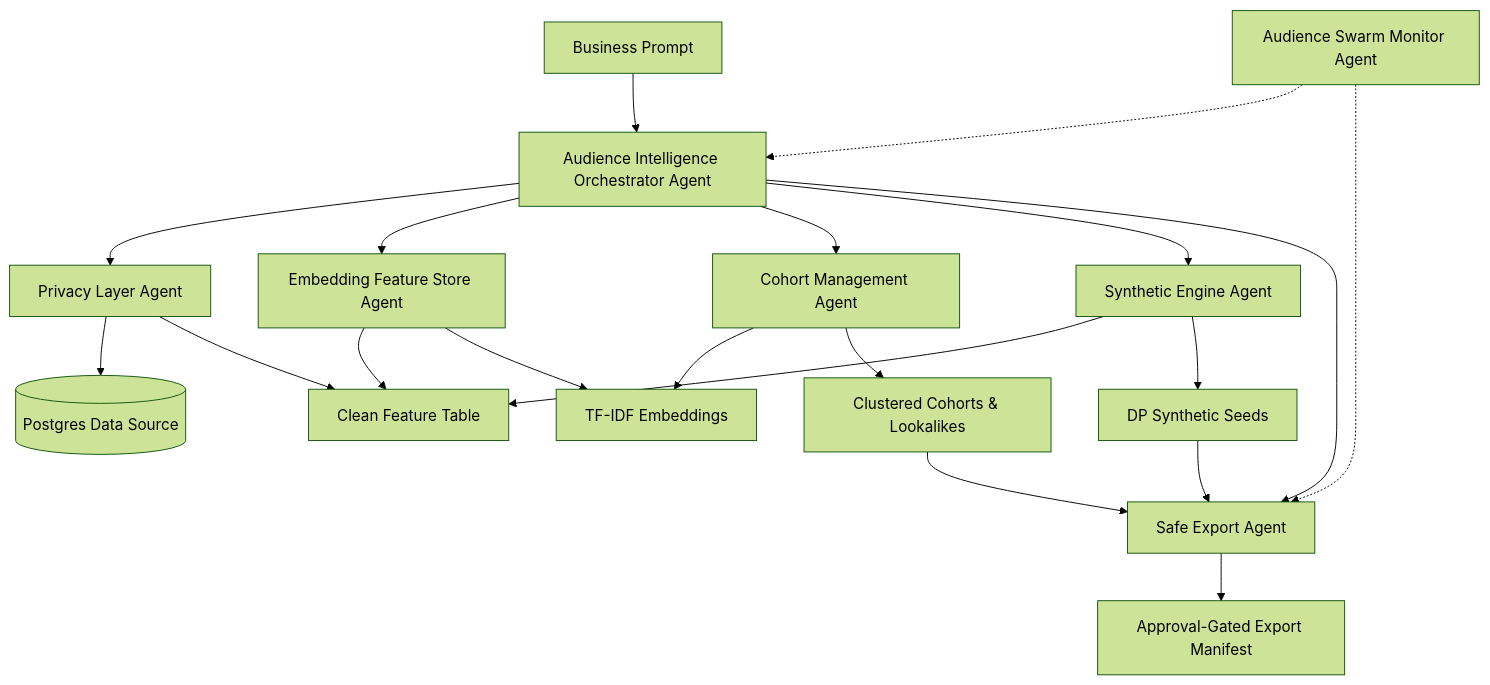
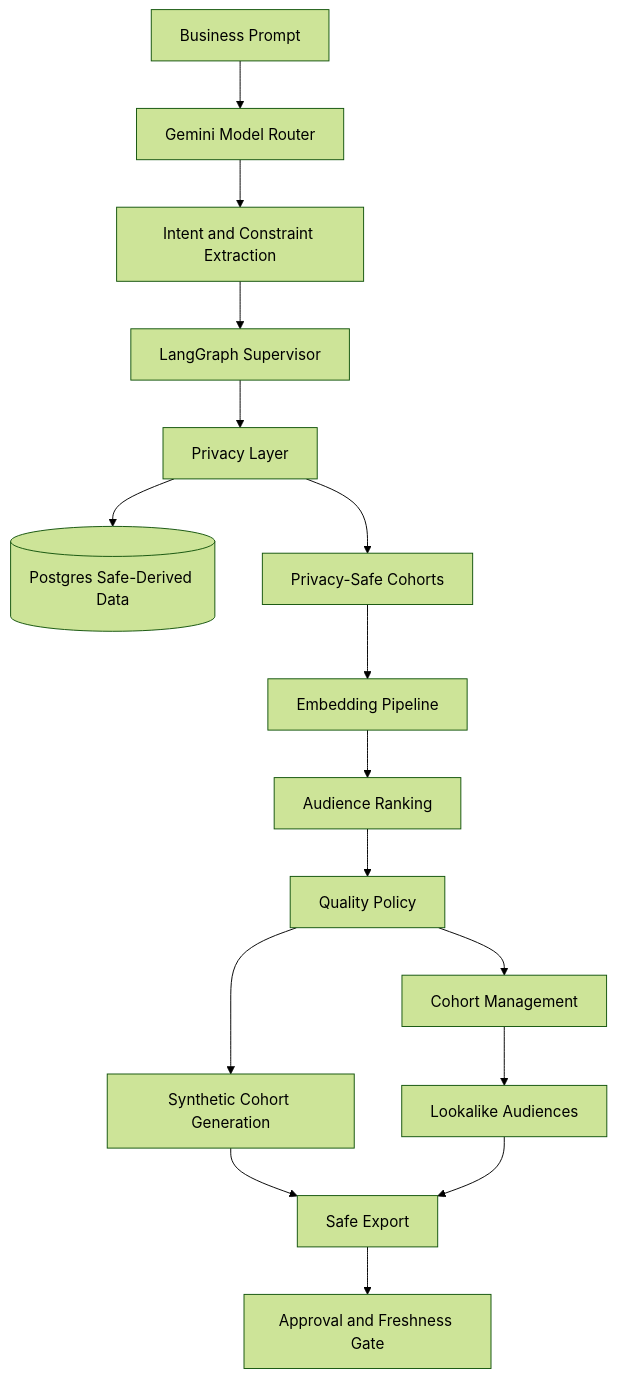
One commit to Vps2905/punk-audience-engine changed the diagram in README.md. Above: the diagram before and after it, drawn with Mermaid (forest theme). The commit also changed other lines of this file, not shown here.

````diff
--- a/README.md
+++ b/README.md
@@ -22,27 +78,23 @@
 ```mermaid
 graph TD
-    Prompt[Business Prompt] --> Orchestrator[Audience Intelligence Orchestrator Agent]
-    Orchestrator --> Privacy[Privacy Layer Agent]
-    Privacy --> Postgres[(Postgres Data Source)]
-    Privacy --> CleanTable[Clean Feature Table]
-    
-    Orchestrator --> Store[Embedding Feature Store Agent]
-    Store --> CleanTable
-    Store --> Embeddings[TF-IDF Embeddings]
-    
-    Orchestrator --> Cohort[Cohort Management Agent]
-    Cohort --> Embeddings
-    Cohort --> Clusters[Clustered Cohorts & Lookalikes]
-    
-    Orchestrator --> Synthetic[Synthetic Engine Agent]
-    Synthetic --> CleanTable
-    Synthetic --> SyntheticSeeds[DP Synthetic Seeds]
-    
-    Orchestrator --> Export[Safe Export Agent]
-    Clusters --> Export
-    SyntheticSeeds --> Export
-    Export --> Manifest[Approval-Gated Export Manifest]
-    
-    Monitor[Audience Swarm Monitor Agent] -.-> Orchestrator
-    Monitor -.-> Export
+    Prompt[Business Prompt] --> Router[Gemini Model Router]
+    Router --> Intent[Intent and Constraint Extraction]
+    Intent --> Supervisor[LangGraph Supervisor]
+
+    Supervisor --> Privacy[Privacy Layer]
+    Privacy --> Postgres[(Postgres Safe-Derived Data)]
+    Privacy --> Cohorts[Privacy-Safe Cohorts]
+
+    Cohorts --> Embeddings[Embedding Pipeline]
+    Embeddings --> Ranking[Audience Ranking]
+    Ranking --> Quality[Quality Policy]
+
+    Quality --> Synthetic[Synthetic Cohort Generation]
+    Quality --> Management[Cohort Management]
+
+    Management --> Lookalikes[Lookalike Audiences]
+    Synthetic --> Export[Safe Export]
+    Lookalikes --> Export
+
+    Export --> Approval[Approval and Freshness Gate]
 ```
````
